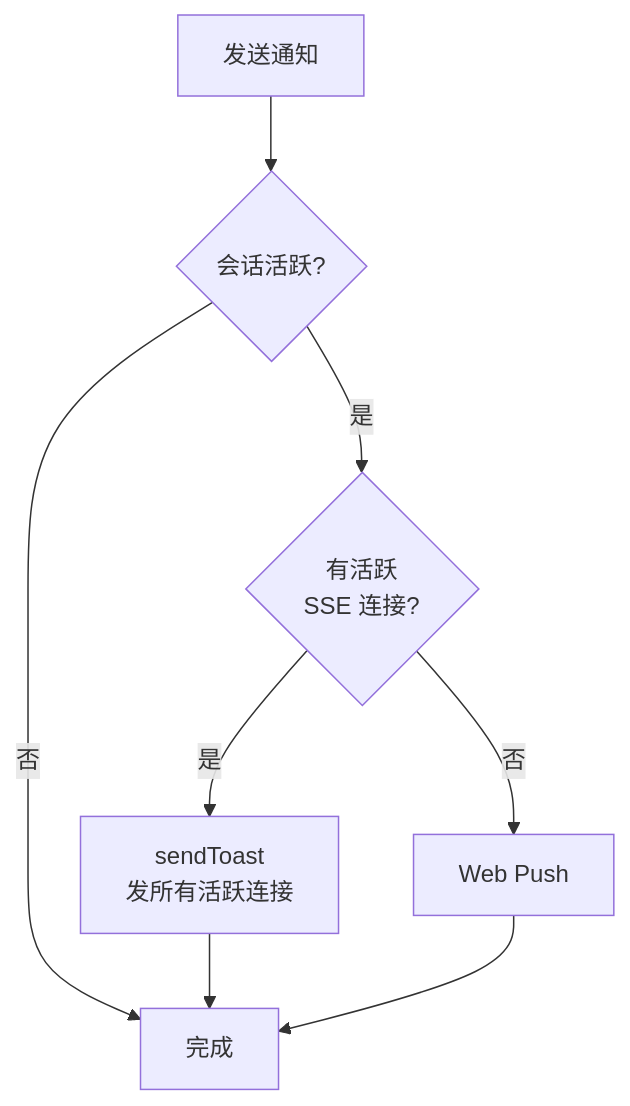
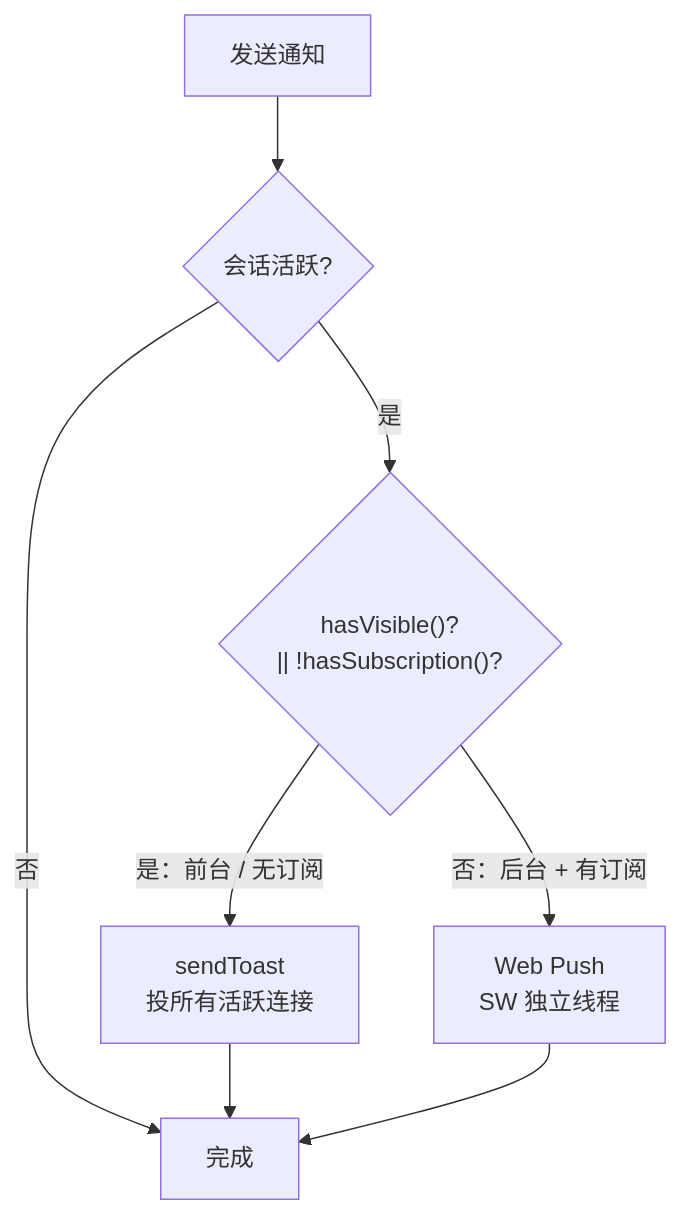
One commit to ModuBit/mobi changed the second of 4 diagrams in docs/architecture/hub/push/notification-channel.md. Above: the diagram before and after it, drawn with Mermaid. The commit also changed other lines of this file and 5 other files, not shown here.

````diff
--- a/docs/architecture/hub/push/notification-channel.md
+++ b/docs/architecture/hub/push/notification-channel.md
@@ -29,17 +29,17 @@
 ```mermaid
 flowchart TB
     send[发送通知]
     active{会话活跃?}
-    connected{有活跃<br/>SSE 连接?}
-    sse[sendToast<br/>发所有活跃连接]
-    push[Web Push]
+    decide{"hasVisible()?<br/>|| !hasSubscription()?"}
+    sse[sendToast<br/>投所有活跃连接]
+    push[Web Push<br/>SW 独立线程]
     done[完成]
 
     send --> active
     active -->|否| done
-    active -->|是| connected
-    connected -->|是| sse
-    connected -->|否| push
+    active -->|是| decide
+    decide -->|"是：前台 / 无订阅"| sse
+    decide -->|"否：后台 + 有订阅"| push
     sse --> done
     push --> done
 ```
````
